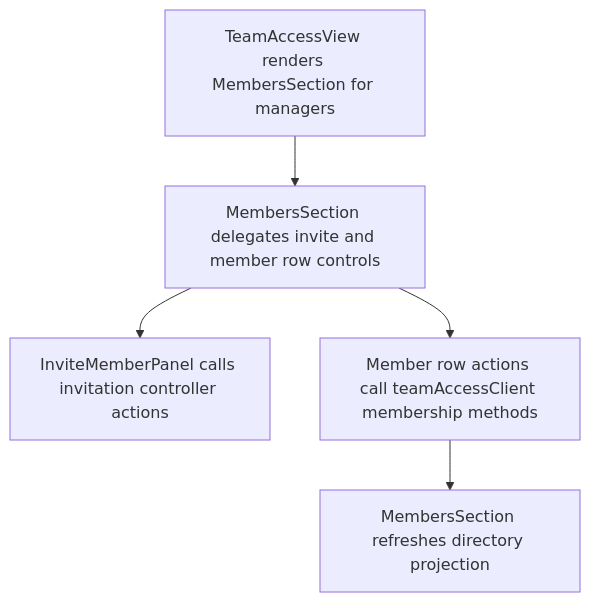
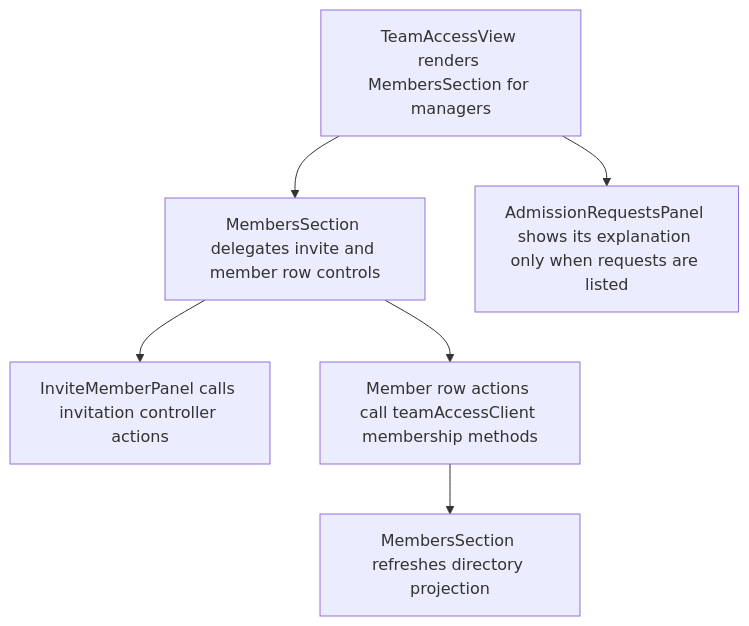
Before and after one commit to Kevinjohn/capacitylens: the second of 2 diagrams in user-stories/settings/US-SET-10-member-management.md, drawn with Mermaid. The commit also changed other lines of this file and 35 other files, not shown here.

````diff
--- a/user-stories/settings/US-SET-10-member-management.md
+++ b/user-stories/settings/US-SET-10-member-management.md
@@ -27,7 +28,8 @@
 ```mermaid
 flowchart TD
   team["TeamAccessView renders MembersSection for managers"] --> section["MembersSection delegates invite and member row controls"]
+  team --> approval["AdmissionRequestsPanel shows its explanation only when requests are listed"]
   section --> invite["InviteMemberPanel calls invitation controller actions"]
   section --> member["Member row actions call teamAccessClient membership methods"]
   member --> list["MembersSection refreshes directory projection"]
 ```
````
